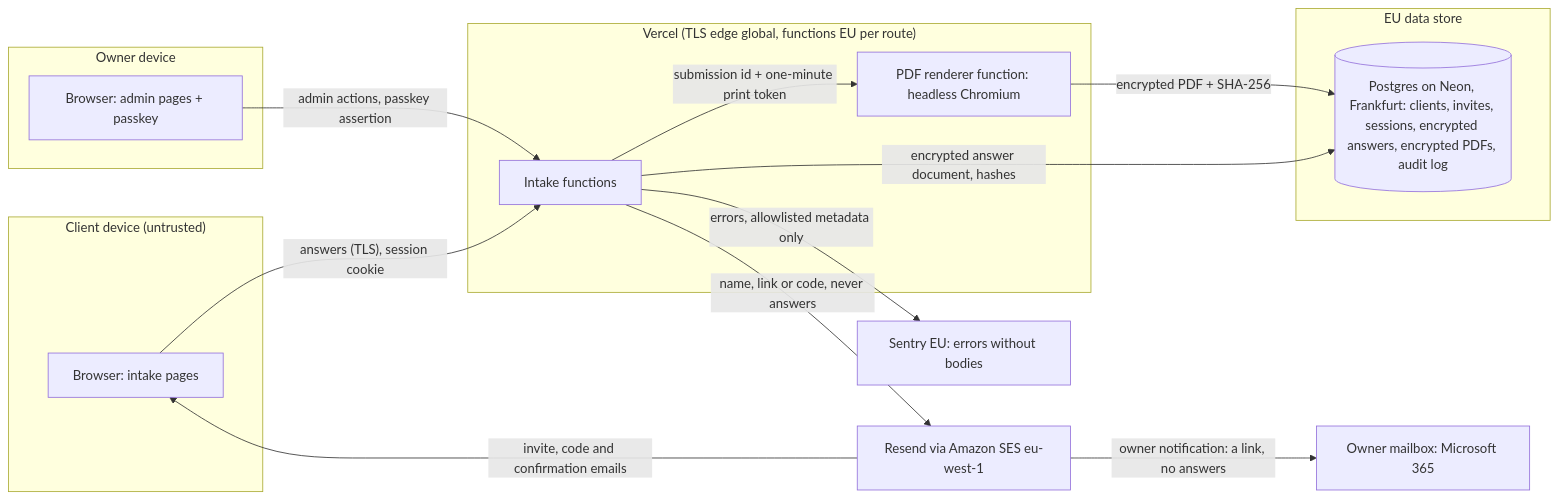
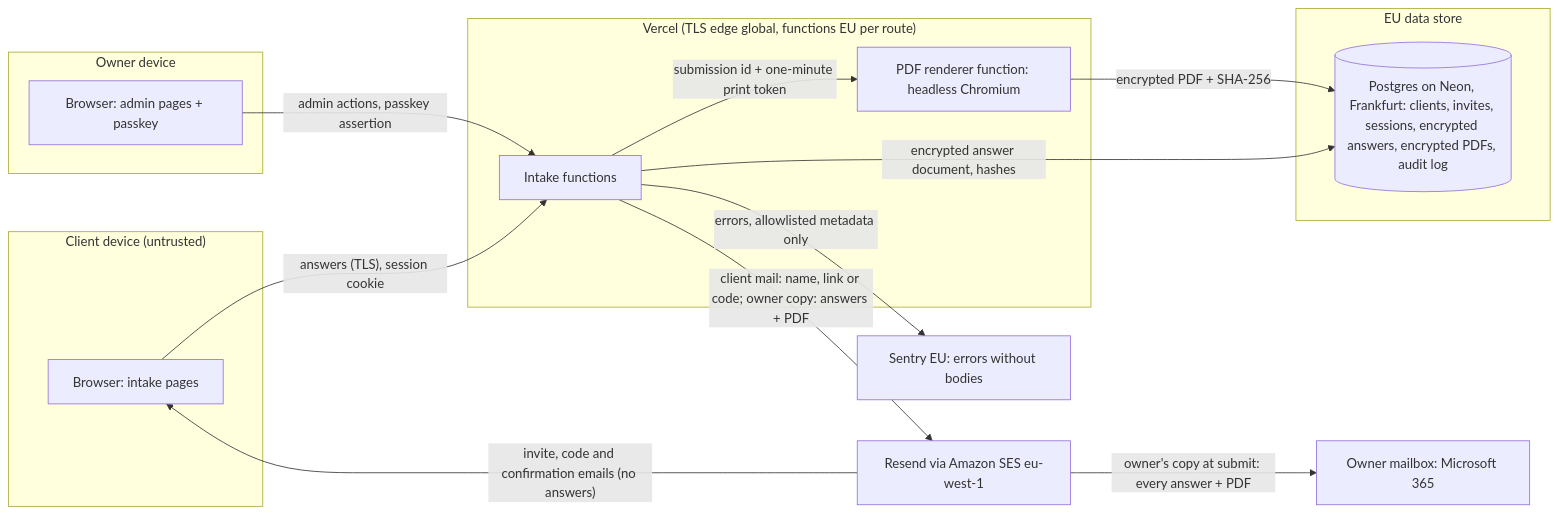
One commit to PetriLahdelma/digitaltableteur changed the diagram in docs/intake/README.md. Above: the diagram before and after it, drawn with Mermaid. The commit also changed other lines of this file and 17 other files, not shown here.

First line of the commit message:
fix(intake): the owner receives every answer and the PDF by email at submit

````diff
--- a/docs/intake/README.md
+++ b/docs/intake/README.md
@@ -32,28 +33,28 @@
 ```mermaid
 flowchart LR
   subgraph Client["Client device (untrusted)"]
     CB[Browser: intake pages]
   end
   subgraph Owner["Owner device"]
     AB[Browser: admin pages + passkey]
   end
   subgraph Vercel["Vercel (TLS edge global, functions EU per route)"]
     IF[Intake functions]
     PF[PDF renderer function: headless Chromium]
   end
   subgraph Data["EU data store"]
     DB[(Postgres on Neon, Frankfurt: clients, invites, sessions, encrypted answers, encrypted PDFs, audit log)]
   end
   RS[Resend via Amazon SES eu-west-1]
   SE[Sentry EU: errors without bodies]
 
   CB -- "answers (TLS), session cookie" --> IF
   AB -- "admin actions, passkey assertion" --> IF
   IF -- "encrypted answer document, hashes" --> DB
   IF -- "submission id + one-minute print token" --> PF
   PF -- "encrypted PDF + SHA-256" --> DB
-  IF -- "name, link or code, never answers" --> RS
-  RS -- "invite, code and confirmation emails" --> CB
-  RS -- "owner notification: a link, no answers" --> OM[Owner mailbox: Microsoft 365]
+  IF -- "client mail: name, link or code; owner copy: answers + PDF" --> RS
+  RS -- "invite, code and confirmation emails (no answers)" --> CB
+  RS -- "owner's copy at submit: every answer + PDF" --> OM[Owner mailbox: Microsoft 365]
   IF -- "errors, allowlisted metadata only" --> SE
 ```
````
